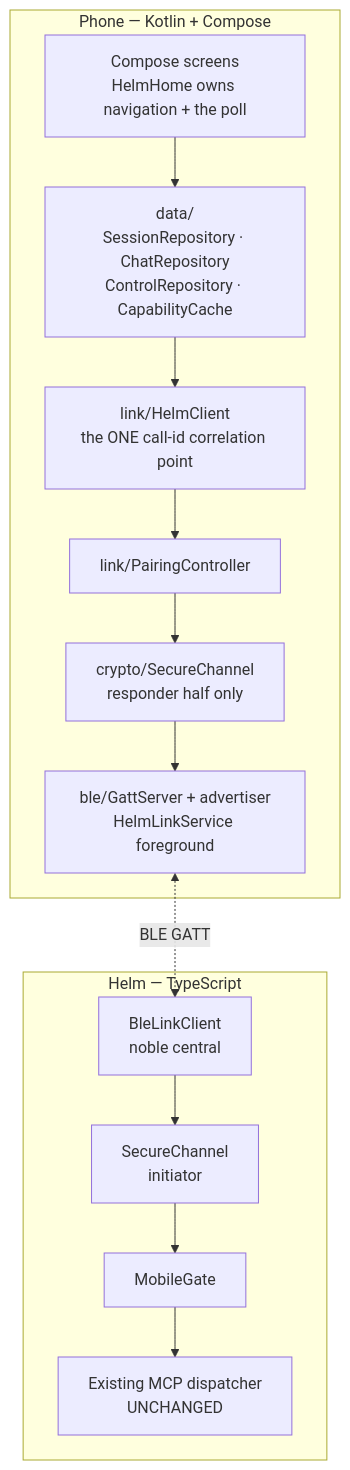
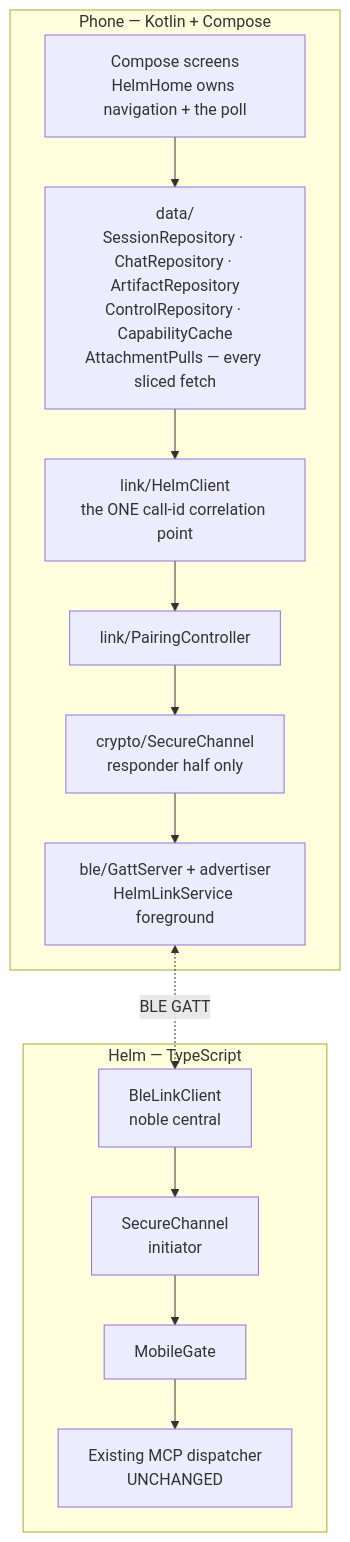
Before and after one commit to PetePeter/helm: the first of 4 diagrams in docs/mobile-app.md, drawn with Mermaid. The commit also changed other lines of this file and 19 other files, not shown here.

First line of the commit message:
fix(mobile): sliced attachment downloads, Downloads/Helm, attach on revise

````diff
--- a/docs/mobile-app.md
+++ b/docs/mobile-app.md
@@ -24,24 +24,24 @@
 ```mermaid
 graph TB
     subgraph "Phone — Kotlin + Compose"
         UI[Compose screens<br/>HelmHome owns navigation + the poll]
-        REPO[data/<br/>SessionRepository · ChatRepository<br/>ControlRepository · CapabilityCache]
+        REPO[data/<br/>SessionRepository · ChatRepository · ArtifactRepository<br/>ControlRepository · CapabilityCache<br/>AttachmentPulls — every sliced fetch]
         HC[link/HelmClient<br/>the ONE call-id correlation point]
         PC[link/PairingController]
         SCK[crypto/SecureChannel<br/>responder half only]
         GATT[ble/GattServer + advertiser<br/>HelmLinkService foreground]
     end
 
     subgraph "Helm — TypeScript"
         BLC[BleLinkClient<br/>noble central]
         SC[SecureChannel<br/>initiator]
         GATE[MobileGate]
         MCP[Existing MCP dispatcher<br/>UNCHANGED]
     end
 
     UI --> REPO
     REPO --> HC
     HC --> PC --> SCK --> GATT
     GATT <-.->|BLE GATT| BLC
     BLC --> SC --> GATE --> MCP
 ```
````
